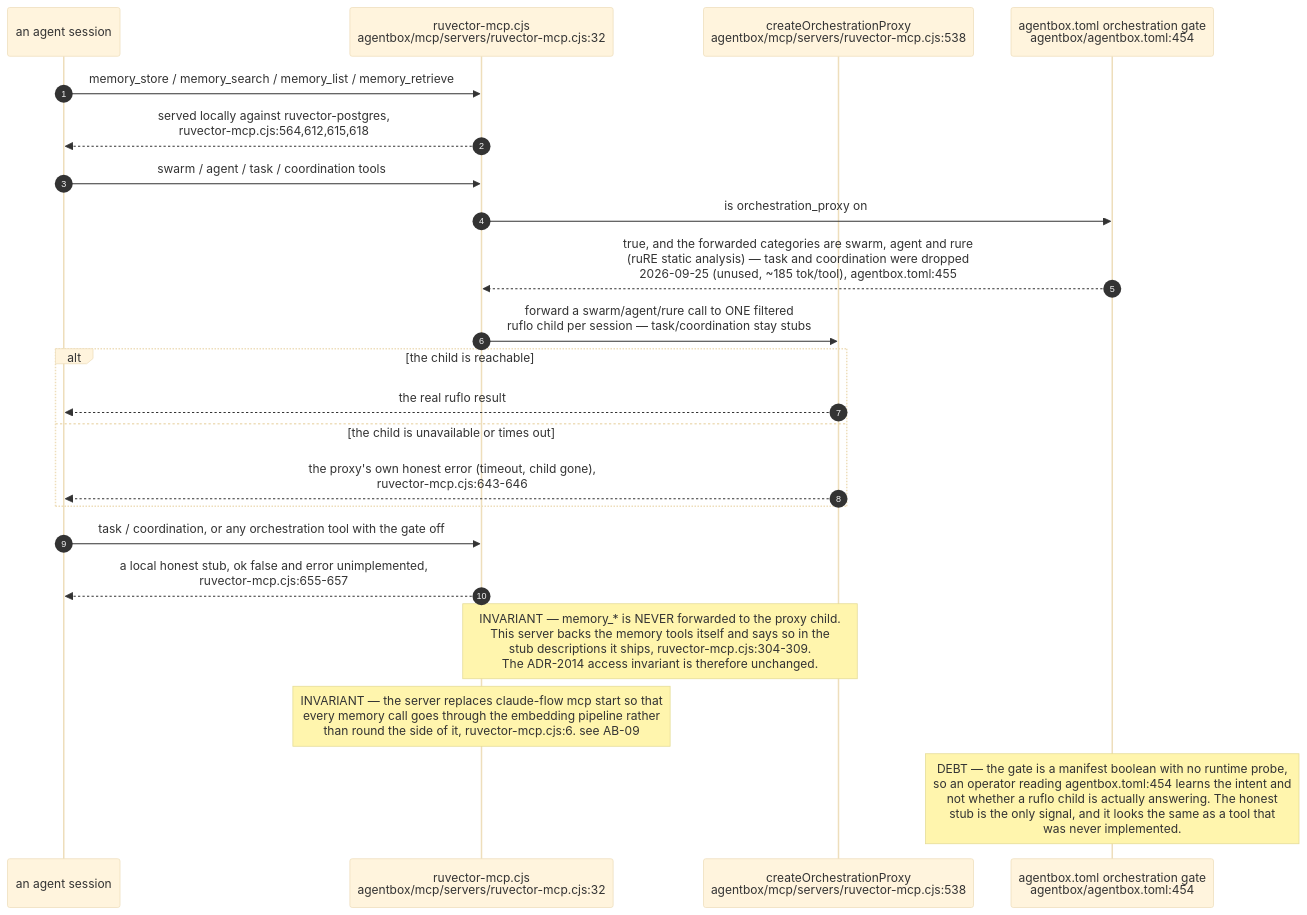
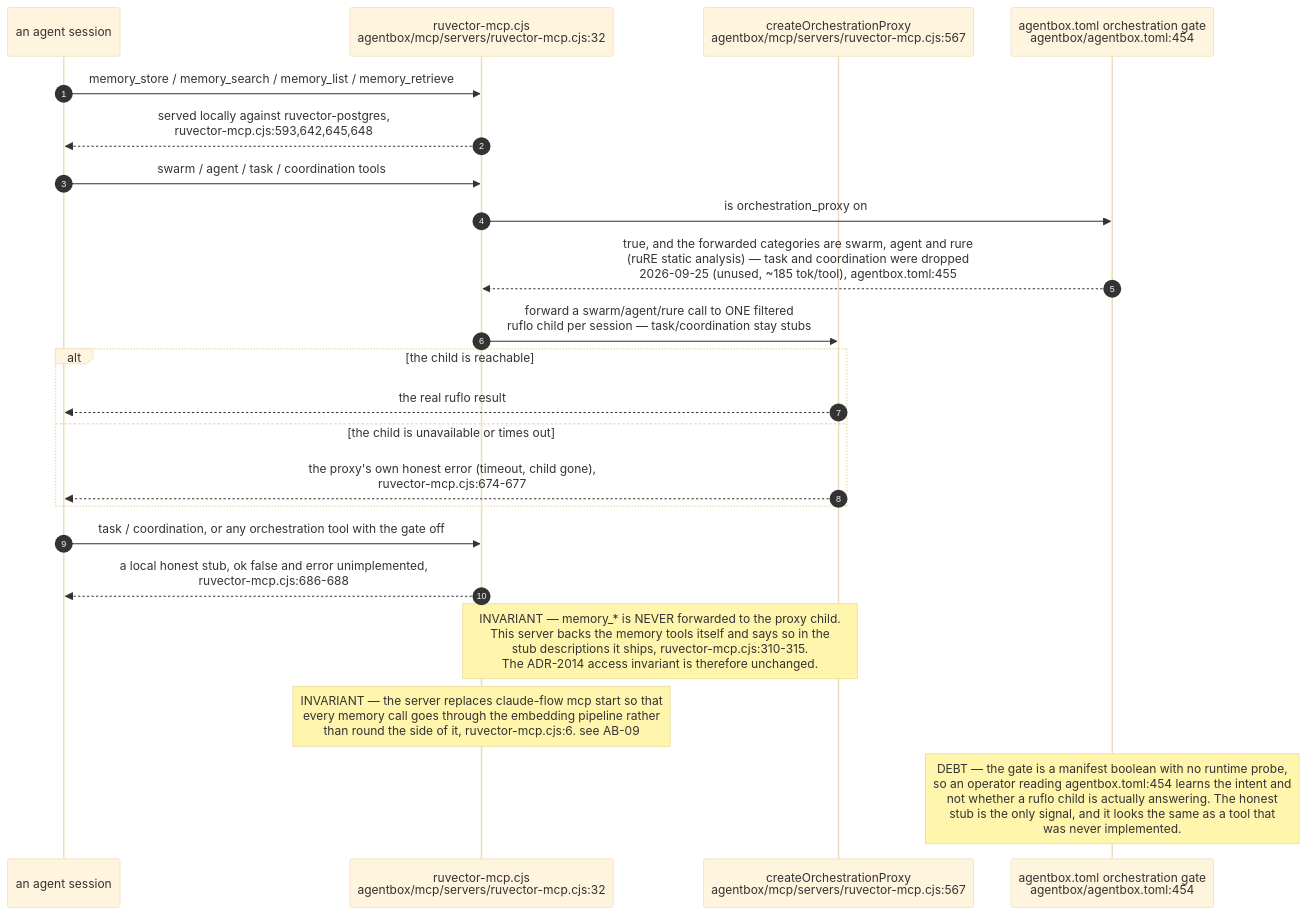
One commit to DreamLab-AI/VisionFlow changed the sixth of 7 diagrams in docs/diagrams/estate/07-memory-and-embedding-estate.md. Above: the diagram before and after it, drawn with Mermaid (base theme). The commit also changed other lines of this file and 9 other files, not shown here.

````diff
--- a/docs/diagrams/estate/07-memory-and-embedding-estate.md
+++ b/docs/diagrams/estate/07-memory-and-embedding-estate.md
@@ -207,27 +209,27 @@
 ```mermaid
 sequenceDiagram
     autonumber
     participant AG as an agent session
     participant RV as ruvector-mcp.cjs<br/>agentbox/mcp/servers/ruvector-mcp.cjs:32
-    participant PROXY as createOrchestrationProxy<br/>agentbox/mcp/servers/ruvector-mcp.cjs:538
+    participant PROXY as createOrchestrationProxy<br/>agentbox/mcp/servers/ruvector-mcp.cjs:567
     participant MAN as agentbox.toml orchestration gate<br/>agentbox/agentbox.toml:454
 
     AG->>RV: memory_store / memory_search / memory_list / memory_retrieve
-    RV-->>AG: served locally against ruvector-postgres,<br/>ruvector-mcp.cjs:564,612,615,618
+    RV-->>AG: served locally against ruvector-postgres,<br/>ruvector-mcp.cjs:593,642,645,648
 
     AG->>RV: swarm / agent / task / coordination tools
     RV->>MAN: is orchestration_proxy on
     MAN-->>RV: true, and the forwarded categories are swarm, agent and rure<br/>(ruRE static analysis) — task and coordination were dropped<br/>2026-09-25 (unused, ~185 tok/tool), agentbox.toml:455
     RV->>PROXY: forward a swarm/agent/rure call to ONE filtered<br/>ruflo child per session — task/coordination stay stubs
     alt the child is reachable
         PROXY-->>AG: the real ruflo result
     else the child is unavailable or times out
-        PROXY-->>AG: the proxy's own honest error (timeout, child gone),<br/>ruvector-mcp.cjs:643-646
+        PROXY-->>AG: the proxy's own honest error (timeout, child gone),<br/>ruvector-mcp.cjs:674-677
     end
     AG->>RV: task / coordination, or any orchestration tool with the gate off
-    RV-->>AG: a local honest stub, ok false and error unimplemented,<br/>ruvector-mcp.cjs:655-657
+    RV-->>AG: a local honest stub, ok false and error unimplemented,<br/>ruvector-mcp.cjs:686-688
 
-    Note over RV,PROXY: INVARIANT — memory_* is NEVER forwarded to the proxy child.<br/>This server backs the memory tools itself and says so in the<br/>stub descriptions it ships, ruvector-mcp.cjs:304-309.<br/>The ADR-2014 access invariant is therefore unchanged.
+    Note over RV,PROXY: INVARIANT — memory_* is NEVER forwarded to the proxy child.<br/>This server backs the memory tools itself and says so in the<br/>stub descriptions it ships, ruvector-mcp.cjs:310-315.<br/>The ADR-2014 access invariant is therefore unchanged.
     Note over RV: INVARIANT — the server replaces claude-flow mcp start so that<br/>every memory call goes through the embedding pipeline rather<br/>than round the side of it, ruvector-mcp.cjs:6. see AB-09
     Note over MAN: DEBT — the gate is a manifest boolean with no runtime probe,<br/>so an operator reading agentbox.toml:454 learns the intent and<br/>not whether a ruflo child is actually answering. The honest<br/>stub is the only signal, and it looks the same as a tool that<br/>was never implemented.
 ```
````
